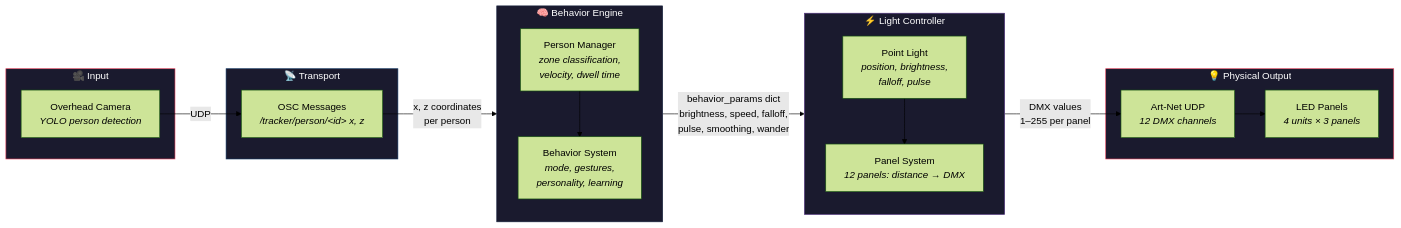
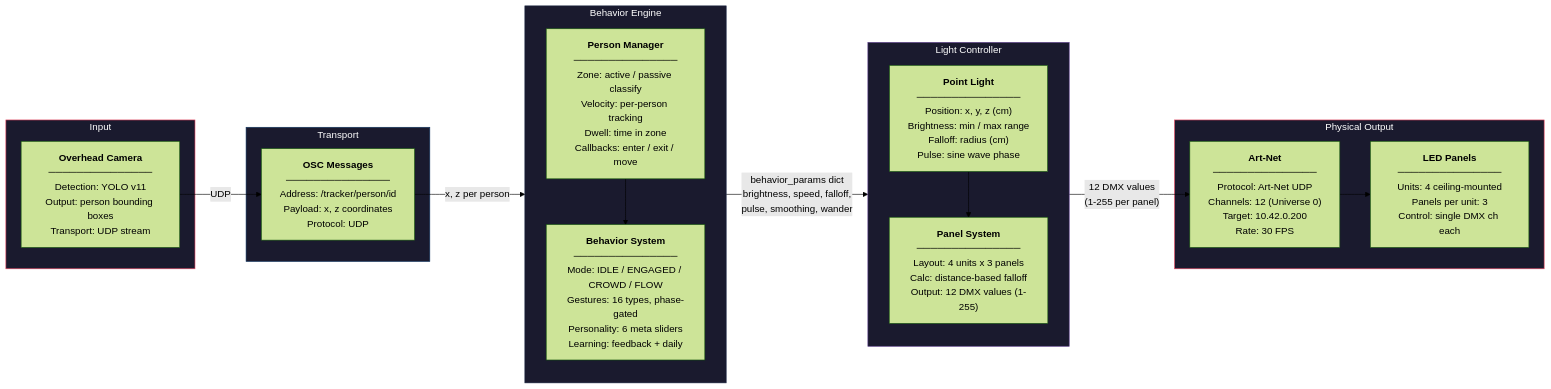
One commit to npuckett/dc-dev changed the first of 17 diagrams in IO/BEHAVIOR_DIAGRAMS.md. Above: the diagram before and after it, drawn with Mermaid (forest theme). The commit also changed other lines of this file, not shown here.

Commit message:
cv diagram added

````diff
--- a/IO/BEHAVIOR_DIAGRAMS.md
+++ b/IO/BEHAVIOR_DIAGRAMS.md
@@ -17,41 +17,41 @@
 ```mermaid
 flowchart LR
-    subgraph INPUT["🎥 Input"]
-        CAM["Overhead Camera<br/><i>YOLO person detection</i>"]
+    subgraph INPUT["Input"]
+        CAM["<b>Overhead Camera</b><br/>───────────────<br/>Detection: YOLO v11<br/>Output: person bounding boxes<br/>Transport: UDP stream"]
     end
 
-    subgraph TRANSPORT["📡 Transport"]
-        OSC["OSC Messages<br/><i>/tracker/person/&lt;id&gt; x, z</i>"]
+    subgraph TRANSPORT["Transport"]
+        OSC["<b>OSC Messages</b><br/>───────────────<br/>Address: /tracker/person/id<br/>Payload: x, z coordinates<br/>Protocol: UDP"]
     end
 
-    subgraph BRAIN["🧠 Behavior Engine"]
+    subgraph BRAIN["Behavior Engine"]
         direction TB
-        TRACK["Person Manager<br/><i>zone classification,<br/>velocity, dwell time</i>"]
-        BEH["Behavior System<br/><i>mode, gestures,<br/>personality, learning</i>"]
+        TRACK["<b>Person Manager</b><br/>───────────────<br/>Zone: active / passive classify<br/>Velocity: per-person tracking<br/>Dwell: time in zone<br/>Callbacks: enter / exit / move"]
+        BEH["<b>Behavior System</b><br/>───────────────<br/>Mode: IDLE / ENGAGED / CROWD / FLOW<br/>Gestures: 16 types, phase-gated<br/>Personality: 6 meta sliders<br/>Learning: feedback + daily"]
         TRACK --> BEH
     end
 
-    subgraph CONTROLLER["⚡ Light Controller"]
+    subgraph CONTROLLER["Light Controller"]
         direction TB
-        LIGHT["Point Light<br/><i>position, brightness,<br/>falloff, pulse</i>"]
-        PANELS["Panel System<br/><i>12 panels: distance → DMX</i>"]
+        LIGHT["<b>Point Light</b><br/>───────────────<br/>Position: x, y, z (cm)<br/>Brightness: min / max range<br/>Falloff: radius (cm)<br/>Pulse: sine wave phase"]
+        PANELS["<b>Panel System</b><br/>───────────────<br/>Layout: 4 units x 3 panels<br/>Calc: distance-based falloff<br/>Output: 12 DMX values (1-255)"]
         LIGHT --> PANELS
     end
 
-    subgraph OUTPUT["💡 Physical Output"]
-        ARTNET["Art-Net UDP<br/><i>12 DMX channels</i>"]
-        LEDS["LED Panels<br/><i>4 units × 3 panels</i>"]
+    subgraph OUTPUT["Physical Output"]
+        ARTNET["<b>Art-Net</b><br/>───────────────<br/>Protocol: Art-Net UDP<br/>Channels: 12 (Universe 0)<br/>Target: 10.42.0.200<br/>Rate: 30 FPS"]
+        LEDS["<b>LED Panels</b><br/>───────────────<br/>Units: 4 ceiling-mounted<br/>Panels per unit: 3<br/>Control: single DMX ch each"]
         ARTNET --> LEDS
     end
 
     CAM -->|"UDP"| OSC
-    OSC -->|"x, z coordinates<br/>per person"| TRACK
+    OSC -->|"x, z per person"| TRACK
     BEH -->|"behavior_params dict<br/>brightness, speed, falloff,<br/>pulse, smoothing, wander"| LIGHT
-    PANELS -->|"DMX values<br/>1–255 per panel"| ARTNET
+    PANELS -->|"12 DMX values<br/>(1-255 per panel)"| ARTNET
 
     style INPUT fill:#1a1a2e,stroke:#e94560,color:#fff
     style TRANSPORT fill:#1a1a2e,stroke:#0f3460,color:#fff
     style BRAIN fill:#1a1a2e,stroke:#16213e,color:#fff
     style CONTROLLER fill:#1a1a2e,stroke:#533483,color:#fff
     style OUTPUT fill:#1a1a2e,stroke:#e94560,color:#fff
 ```
````
